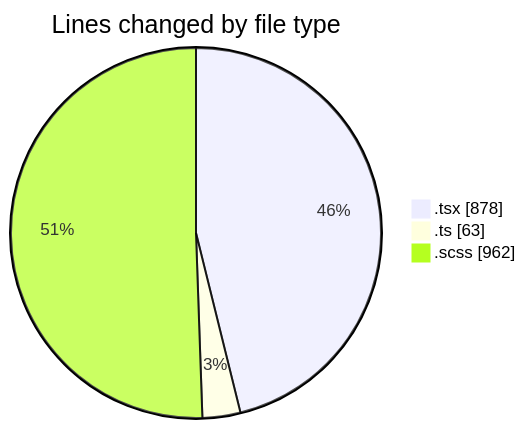
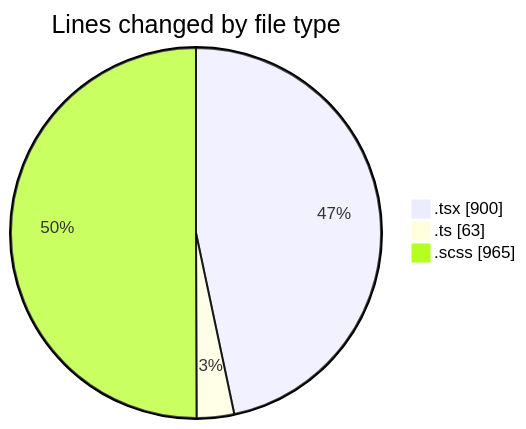
Before and after one commit to momahboobian/code-tracking: the first of 2 diagrams in 2025-04-02/cda/README.md, drawn with Mermaid. The commit also changed other lines of this file and 1 other file, not shown here.

````diff
--- a/2025-04-02/cda/README.md
+++ b/2025-04-02/cda/README.md
@@ -27,7 +27,7 @@
 ```mermaid
 pie showData
 title Lines changed by file type
-".tsx" : 878
+".tsx" : 900
 ".ts" : 63
-".scss" : 962
+".scss" : 965
 ```
````
